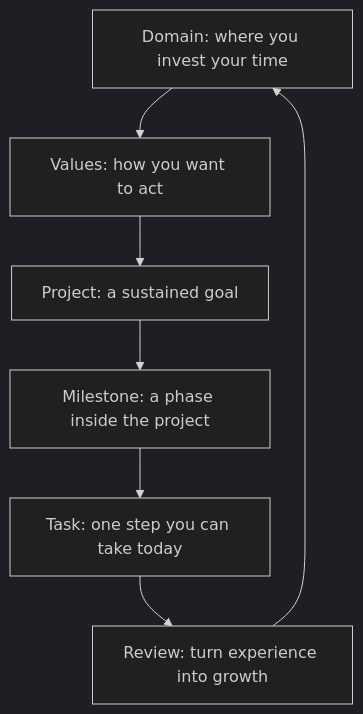
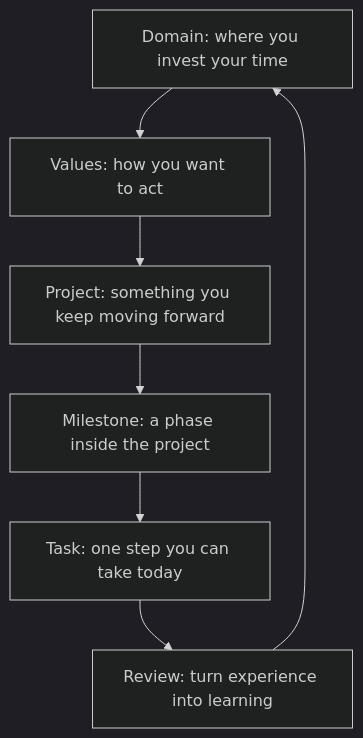
The diagram in manual/docs/en/value-to-action/from-domain-to-task.md (granoflow/granoflow-docs), drawn with Mermaid (dark theme) before and after one commit. The commit also changed other lines of this file and 421 other files, not shown here.

````diff
--- a/manual/docs/en/value-to-action/from-domain-to-task.md
+++ b/manual/docs/en/value-to-action/from-domain-to-task.md
@@ -12,9 +14,9 @@
 ```mermaid
 graph TD
   A[Domain: where you invest your time] --> B[Values: how you want to act]
-  B --> C[Project: a sustained goal]
+  B --> C[Project: something you keep moving forward]
   C --> D[Milestone: a phase inside the project]
   D --> E[Task: one step you can take today]
-  E --> F[Review: turn experience into growth]
+  E --> F[Review: turn experience into learning]
   F --> A
 ```
````
